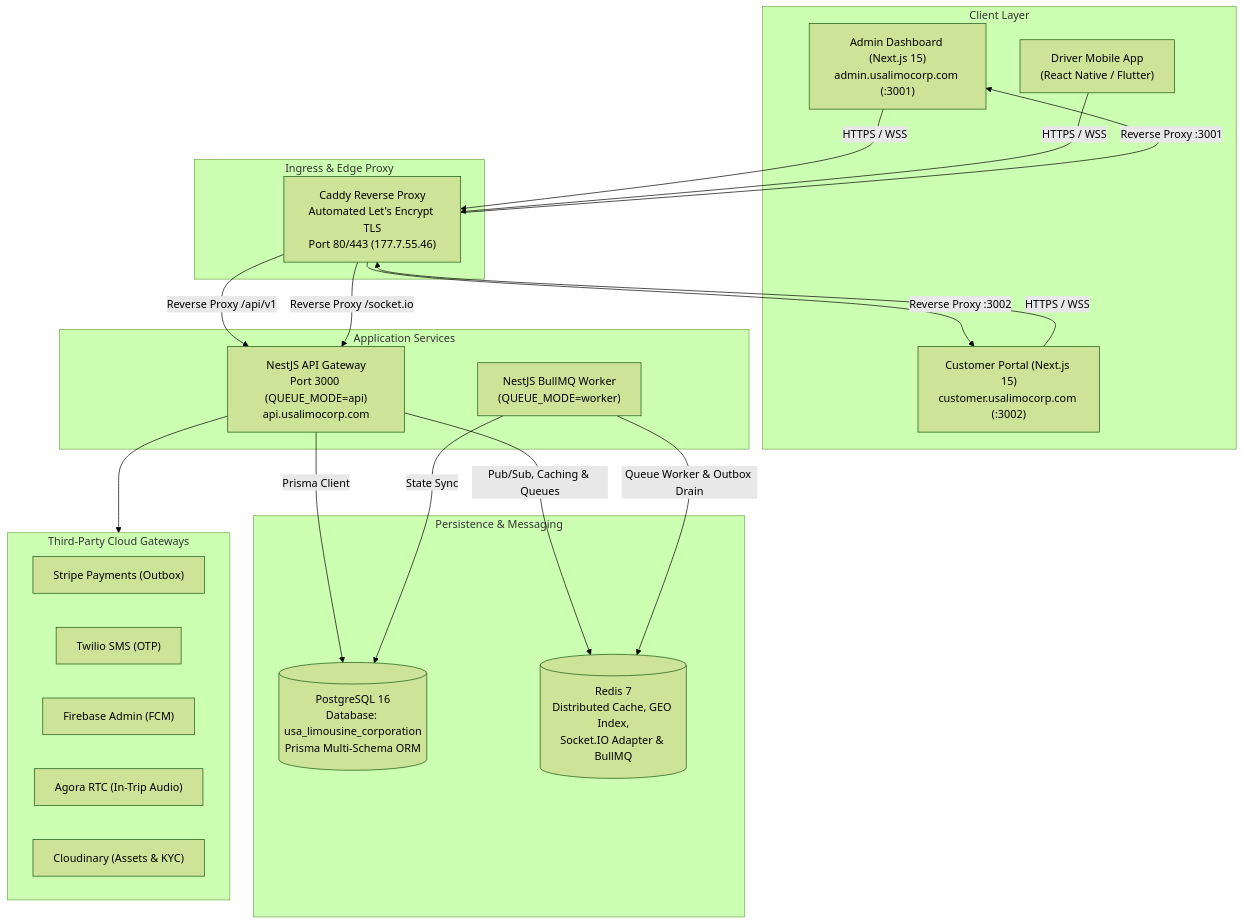
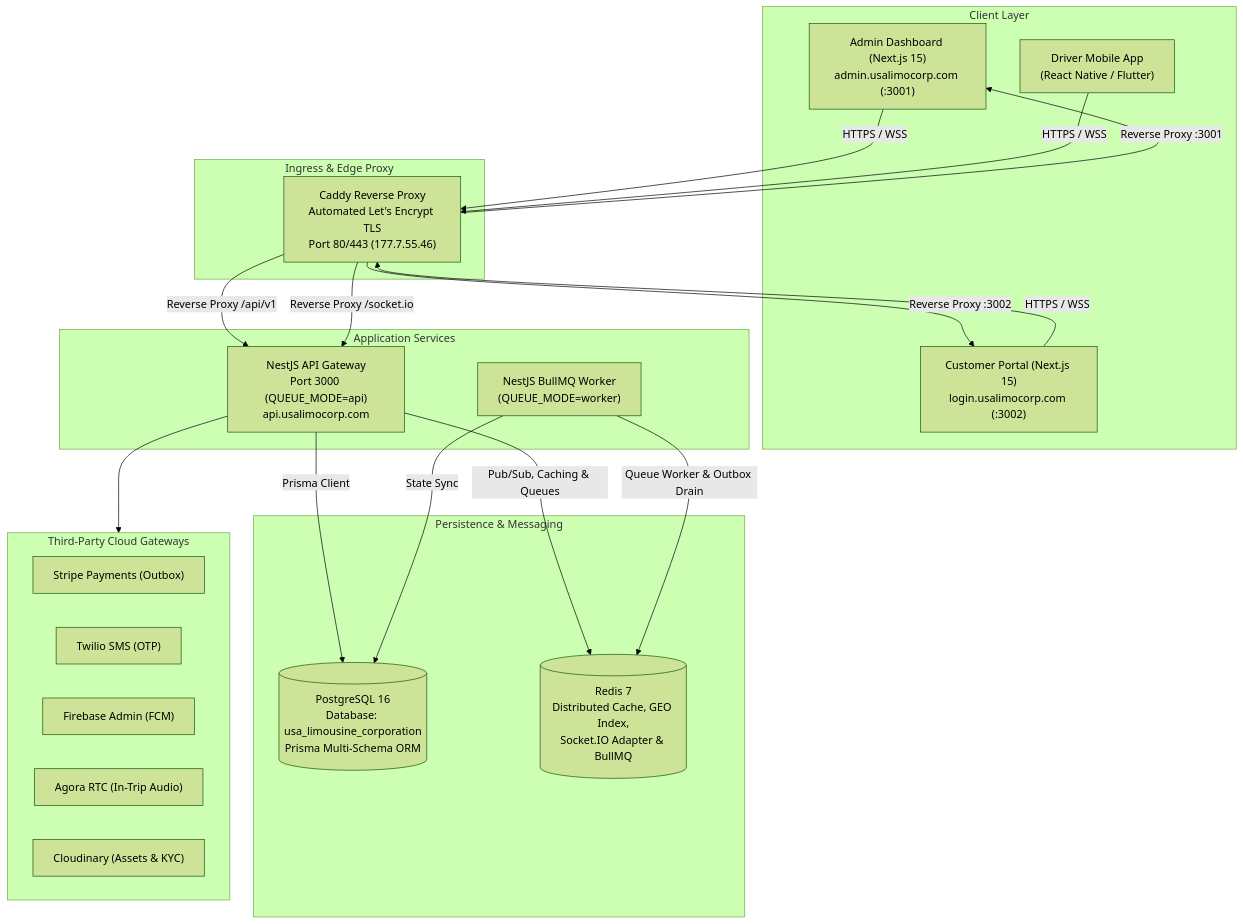
The diagram in README.md (bariq49/usa-limousine-corporation), drawn with Mermaid (forest theme) before and after one commit. The commit also changed other lines of this file and 86 other files, not shown here.

First line of the commit message:
fix: update customer portal URL references and enhance profile forms

````diff
--- a/README.md
+++ b/README.md
@@ -51,46 +51,46 @@
 ```mermaid
 graph TD
     subgraph Clients["Client Layer"]
         AdminWeb["Admin Dashboard (Next.js 15)<br/>admin.usalimocorp.com (:3001)"]
-        CustomerWeb["Customer Portal (Next.js 15)<br/>customer.usalimocorp.com (:3002)"]
+        CustomerWeb["Customer Portal (Next.js 15)<br/>login.usalimocorp.com (:3002)"]
         MobileDriver["Driver Mobile App<br/>(React Native / Flutter)"]
     end
 
     subgraph Ingress["Ingress & Edge Proxy"]
         Caddy["Caddy Reverse Proxy<br/>Automated Let's Encrypt TLS<br/>Port 80/443 (177.7.55.46)"]
     end
 
     subgraph CoreBackend["Application Services"]
         NestAPI["NestJS API Gateway<br/>Port 3000 (QUEUE_MODE=api)<br/>api.usalimocorp.com"]
         NestWorker["NestJS BullMQ Worker<br/>(QUEUE_MODE=worker)"]
     end
 
     subgraph DataStore["Persistence & Messaging"]
         Postgres[("PostgreSQL 16<br/>Database: usa_limousine_corporation<br/>Prisma Multi-Schema ORM")]
         Redis[("Redis 7<br/>Distributed Cache, GEO Index,<br/>Socket.IO Adapter & BullMQ")]
     end
 
     subgraph Gateways["Third-Party Cloud Gateways"]
         Stripe["Stripe Payments (Outbox)"]
         Twilio["Twilio SMS (OTP)"]
         Firebase["Firebase Admin (FCM)"]
         Agora["Agora RTC (In-Trip Audio)"]
         Cloudinary["Cloudinary (Assets & KYC)"]
     end
 
     AdminWeb -->|HTTPS / WSS| Caddy
     CustomerWeb -->|HTTPS / WSS| Caddy
     MobileDriver -->|HTTPS / WSS| Caddy
 
     Caddy -->|Reverse Proxy /api/v1| NestAPI
     Caddy -->|Reverse Proxy /socket.io| NestAPI
     Caddy -->|Reverse Proxy :3001| AdminWeb
     Caddy -->|Reverse Proxy :3002| CustomerWeb
 
     NestAPI -->|Prisma Client| Postgres
     NestAPI -->|Pub/Sub, Caching & Queues| Redis
     NestWorker -->|Queue Worker & Outbox Drain| Redis
     NestWorker -->|State Sync| Postgres
 
     NestAPI --> Gateways
 ```
````
